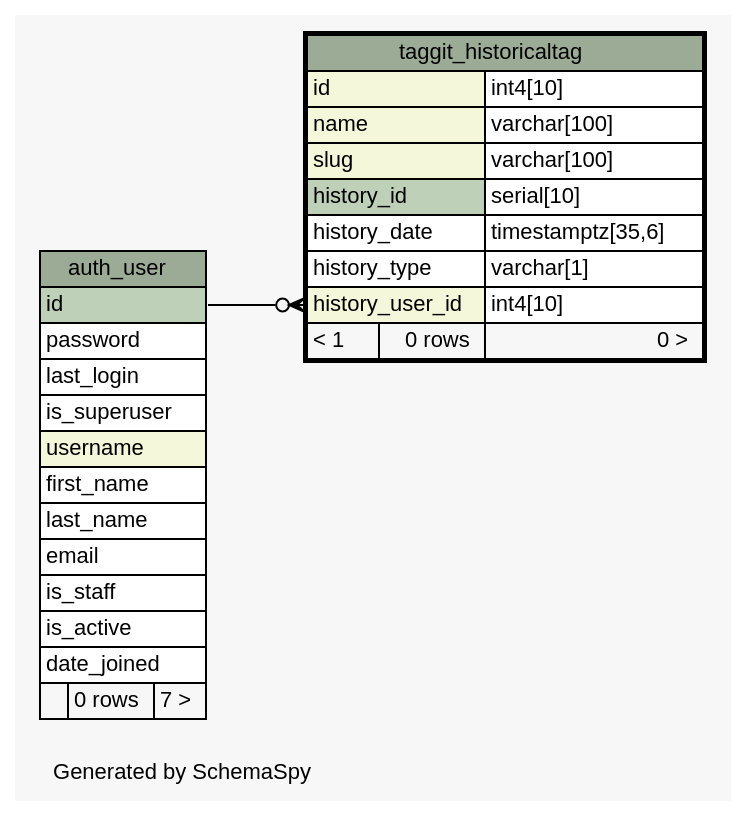
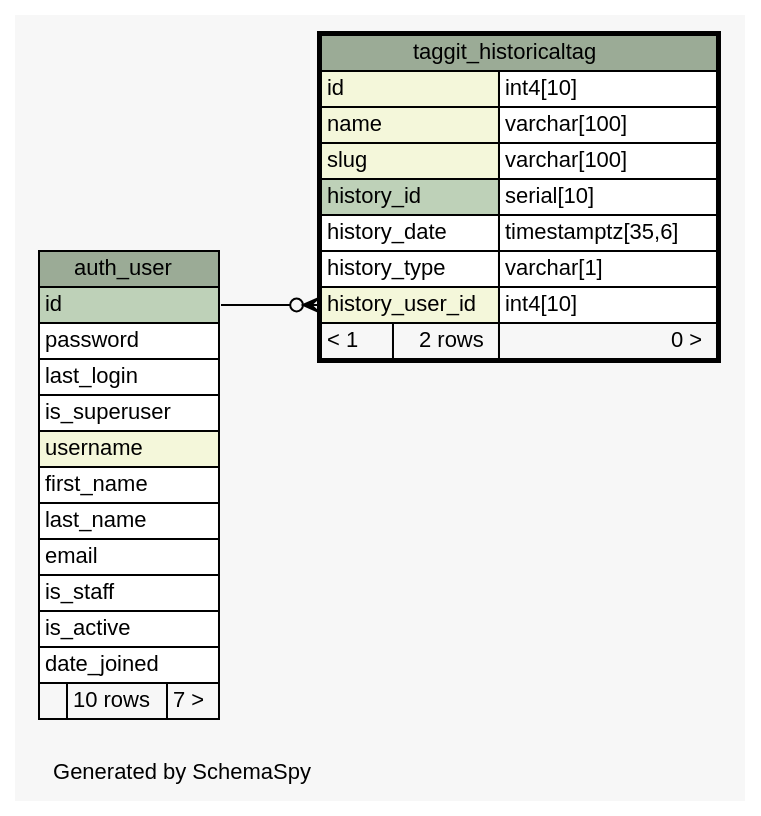
The diagram in db-schema/diagrams/taggit_historicaltag.1degree.dot (molonc/colossus), drawn with Graphviz before and after one commit. The commit also changed 159 other files, not shown here.

Commit message:
KRONOS-258 database schema update

```diff
--- a/db-schema/diagrams/taggit_historicaltag.1degree.dot
+++ b/db-schema/diagrams/taggit_historicaltag.1degree.dot
@@ -1,59 +1,59 @@
 // dot 2.36.0 on Mac OS X 10.9.5
 // SchemaSpy rev 590
 digraph "oneDegreeRelationshipsDiagram" {
   graph [
     rankdir="RL"
     bgcolor="#f7f7f7"
     label="\nGenerated by SchemaSpy"
     labeljust="l"
     nodesep="0.18"
     ranksep="0.46"
     fontname="Helvetica"
     fontsize="11"
   ];
   node [
     fontname="Helvetica"
     fontsize="11"
     shape="plaintext"
   ];
   edge [
     arrowsize="0.8"
   ];
   "taggit_historicaltag":"history_user_id":w -> "auth_user":"id":e [arrowhead=none dir=back arrowtail=crowodot];
   "auth_user" [
     label=<
     <TABLE BORDER="0" CELLBORDER="1" CELLSPACING="0" BGCOLOR="#ffffff">
       <TR><TD COLSPAN="3" BGCOLOR="#9bab96" ALIGN="CENTER">auth_user</TD></TR>
       <TR><TD PORT="id" COLSPAN="3" BGCOLOR="#bed1b8" ALIGN="LEFT">id</TD></TR>
       <TR><TD PORT="password" COLSPAN="3" ALIGN="LEFT">password</TD></TR>
       <TR><TD PORT="last_login" COLSPAN="3" ALIGN="LEFT">last_login</TD></TR>
       <TR><TD PORT="is_superuser" COLSPAN="3" ALIGN="LEFT">is_superuser</TD></TR>
       <TR><TD PORT="username" COLSPAN="3" BGCOLOR="#f4f7da" ALIGN="LEFT">username</TD></TR>
       <TR><TD PORT="first_name" COLSPAN="3" ALIGN="LEFT">first_name</TD></TR>
       <TR><TD PORT="last_name" COLSPAN="3" ALIGN="LEFT">last_name</TD></TR>
       <TR><TD PORT="email" COLSPAN="3" ALIGN="LEFT">email</TD></TR>
       <TR><TD PORT="is_staff" COLSPAN="3" ALIGN="LEFT">is_staff</TD></TR>
       <TR><TD PORT="is_active" COLSPAN="3" ALIGN="LEFT">is_active</TD></TR>
       <TR><TD PORT="date_joined" COLSPAN="3" ALIGN="LEFT">date_joined</TD></TR>
-      <TR><TD ALIGN="LEFT" BGCOLOR="#f7f7f7">  </TD><TD ALIGN="RIGHT" BGCOLOR="#f7f7f7">0 rows</TD><TD ALIGN="RIGHT" BGCOLOR="#f7f7f7">7 &gt;</TD></TR>
+      <TR><TD ALIGN="LEFT" BGCOLOR="#f7f7f7">  </TD><TD ALIGN="RIGHT" BGCOLOR="#f7f7f7">10 rows</TD><TD ALIGN="RIGHT" BGCOLOR="#f7f7f7">7 &gt;</TD></TR>
     </TABLE>>
     URL="auth_user.html"
     tooltip="auth_user"
   ];
   "taggit_historicaltag" [
     label=<
     <TABLE BORDER="2" CELLBORDER="1" CELLSPACING="0" BGCOLOR="#ffffff">
       <TR><TD COLSPAN="3" BGCOLOR="#9bab96" ALIGN="CENTER">taggit_historicaltag</TD></TR>
       <TR><TD PORT="id" COLSPAN="2" BGCOLOR="#f4f7da" ALIGN="LEFT">id</TD><TD PORT="id.type" ALIGN="LEFT">int4[10]</TD></TR>
       <TR><TD PORT="name" COLSPAN="2" BGCOLOR="#f4f7da" ALIGN="LEFT">name</TD><TD PORT="name.type" ALIGN="LEFT">varchar[100]</TD></TR>
       <TR><TD PORT="slug" COLSPAN="2" BGCOLOR="#f4f7da" ALIGN="LEFT">slug</TD><TD PORT="slug.type" ALIGN="LEFT">varchar[100]</TD></TR>
       <TR><TD PORT="history_id" COLSPAN="2" BGCOLOR="#bed1b8" ALIGN="LEFT">history_id</TD><TD PORT="history_id.type" ALIGN="LEFT">serial[10]</TD></TR>
       <TR><TD PORT="history_date" COLSPAN="2" ALIGN="LEFT">history_date</TD><TD PORT="history_date.type" ALIGN="LEFT">timestamptz[35,6]</TD></TR>
       <TR><TD PORT="history_type" COLSPAN="2" ALIGN="LEFT">history_type</TD><TD PORT="history_type.type" ALIGN="LEFT">varchar[1]</TD></TR>
       <TR><TD PORT="history_user_id" COLSPAN="2" BGCOLOR="#f4f7da" ALIGN="LEFT">history_user_id</TD><TD PORT="history_user_id.type" ALIGN="LEFT">int4[10]</TD></TR>
-      <TR><TD ALIGN="LEFT" BGCOLOR="#f7f7f7">&lt; 1</TD><TD ALIGN="RIGHT" BGCOLOR="#f7f7f7">0 rows</TD><TD ALIGN="RIGHT" BGCOLOR="#f7f7f7">0 &gt;</TD></TR>
+      <TR><TD ALIGN="LEFT" BGCOLOR="#f7f7f7">&lt; 1</TD><TD ALIGN="RIGHT" BGCOLOR="#f7f7f7">2 rows</TD><TD ALIGN="RIGHT" BGCOLOR="#f7f7f7">0 &gt;</TD></TR>
     </TABLE>>
     URL="taggit_historicaltag.html"
     tooltip="taggit_historicaltag"
   ];
 }
```
